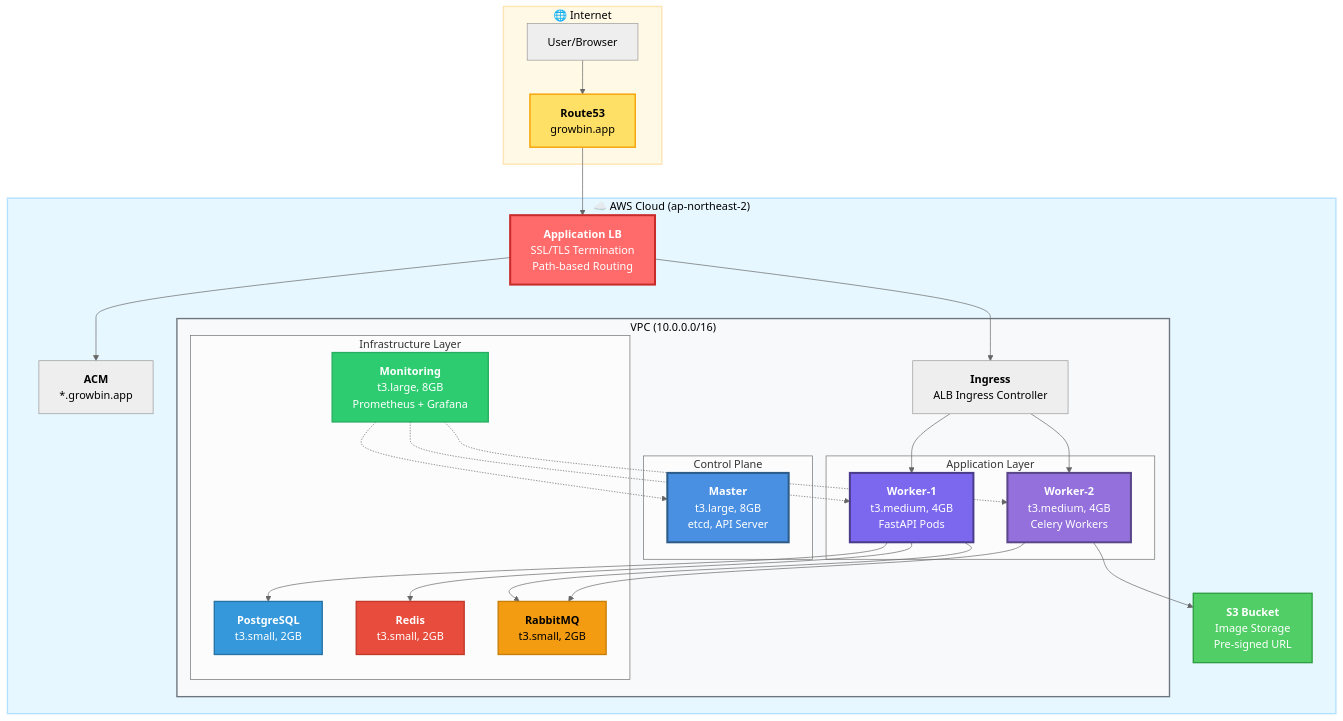
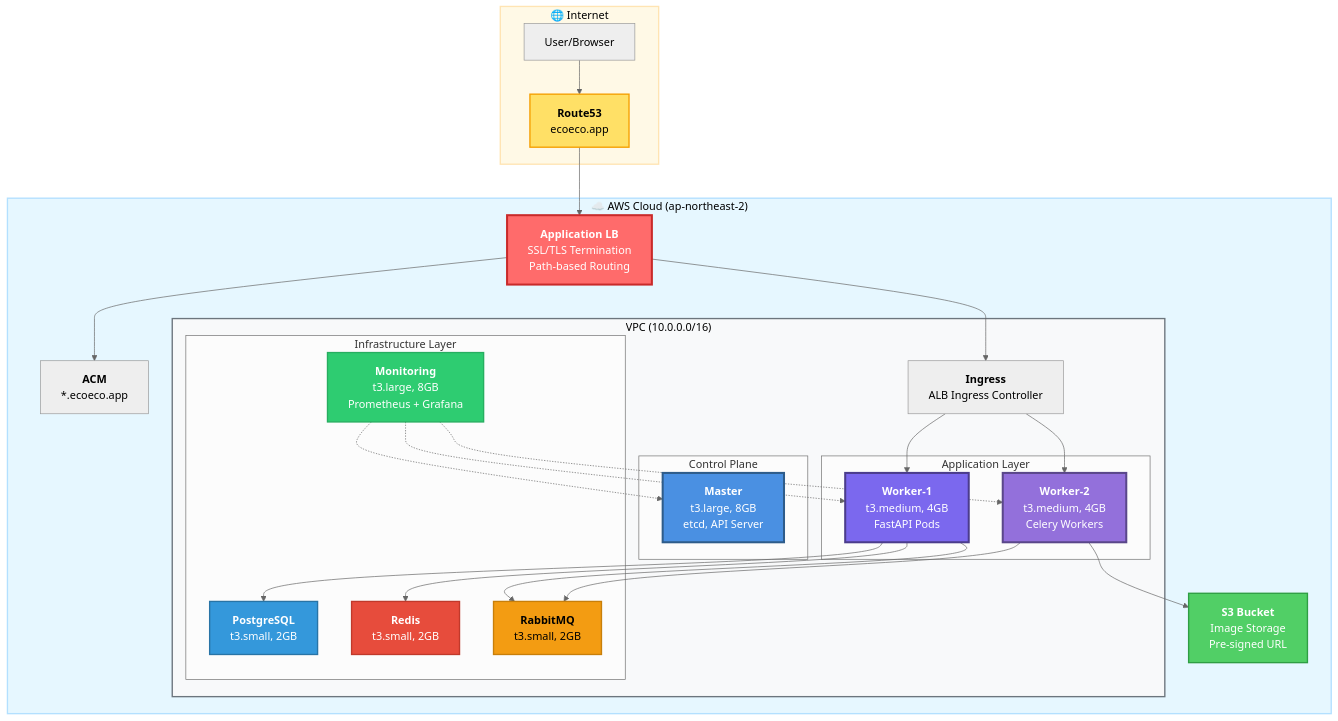
Before and after one commit to SeSACTHON/backend: the first of 2 diagrams in docs/README.md, drawn with Mermaid (neutral theme). The commit also changed other lines of this file and 108 other files, not shown here.

First line of the commit message:
refactor: Rename project from growbin to ecoeco

````diff
--- a/docs/README.md
+++ b/docs/README.md
@@ -59,81 +59,81 @@
 ```mermaid
 graph TB
     subgraph Internet["🌐 Internet"]
         User[User/Browser]
         Route53["`**Route53**
-        growbin.app`"]
+        ecoeco.app`"]
     end
     
     subgraph AWS["☁️ AWS Cloud (ap-northeast-2)"]
         ACM["`**ACM**
-        *.growbin.app`"]
+        *.ecoeco.app`"]
         ALB["`**Application LB**
         SSL/TLS Termination
         Path-based Routing`"]
         
         subgraph VPC["VPC (10.0.0.0/16)"]
             Ingress["`**Ingress**
             ALB Ingress Controller`"]
             
             subgraph Control["Control Plane"]
                 Master["`**Master**
                 t3.large, 8GB
                 etcd, API Server`"]
             end
             
             subgraph Application["Application Layer"]
                 W1["`**Worker-1**
                 t3.medium, 4GB
                 FastAPI Pods`"]
                 W2["`**Worker-2**
                 t3.medium, 4GB
                 Celery Workers`"]
             end
             
             subgraph Infrastructure["Infrastructure Layer"]
                 RMQ["`**RabbitMQ**
                 t3.small, 2GB`"]
                 PG["`**PostgreSQL**
                 t3.small, 2GB`"]
                 Redis["`**Redis**
                 t3.small, 2GB`"]
                 Mon["`**Monitoring**
                 t3.large, 8GB
                 Prometheus + Grafana`"]
             end
         end
         
         S3["`**S3 Bucket**
         Image Storage
         Pre-signed URL`"]
     end
     
     User --> Route53
     Route53 --> ALB
     ALB --> ACM
     ALB --> Ingress
     Ingress --> W1
     Ingress --> W2
     W1 --> PG
     W1 --> Redis
     W1 --> RMQ
     W2 --> RMQ
     W2 --> S3
     Mon -.-> Master
     Mon -.-> W1
     Mon -.-> W2
     
     style Master fill:#4A90E2,stroke:#2E5C8A,stroke-width:3px,color:#fff
     style W1 fill:#7B68EE,stroke:#4B3C8C,stroke-width:3px,color:#fff
     style W2 fill:#9370DB,stroke:#5A478A,stroke-width:3px,color:#fff
     style RMQ fill:#F39C12,stroke:#C87F0A,stroke-width:2px,color:#000
     style PG fill:#3498DB,stroke:#2874A6,stroke-width:2px,color:#fff
     style Redis fill:#E74C3C,stroke:#C0392B,stroke-width:2px,color:#fff
     style Mon fill:#2ECC71,stroke:#27AE60,stroke-width:2px,color:#fff
     style ALB fill:#FF6B6B,stroke:#C92A2A,stroke-width:3px,color:#fff
     style Route53 fill:#FFE066,stroke:#F59F00,stroke-width:2px,color:#000
     style S3 fill:#51CF66,stroke:#2F9E44,stroke-width:2px,color:#fff
     style VPC fill:#F8F9FA,stroke:#6C757D,stroke-width:2px,color:#000
     style Internet fill:#FFF9E6,stroke:#FFE4B3,stroke-width:2px,color:#000
     style AWS fill:#E6F7FF,stroke:#B3E0FF,stroke-width:2px,color:#000
 ```
````
